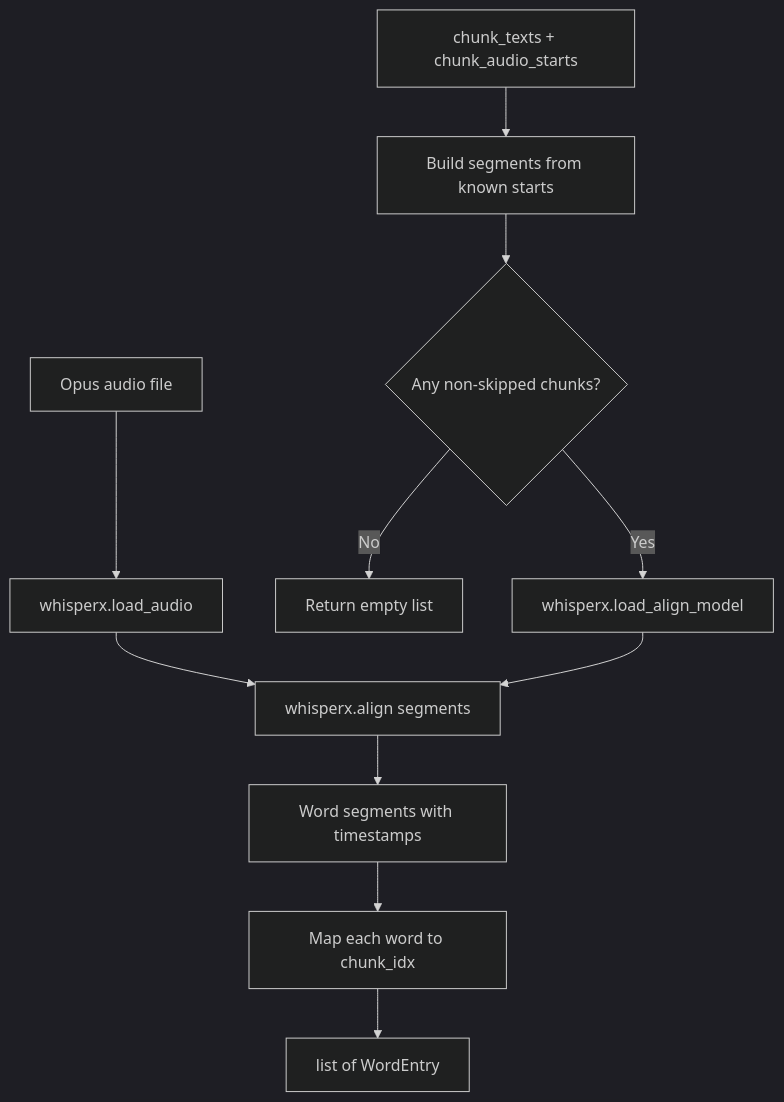
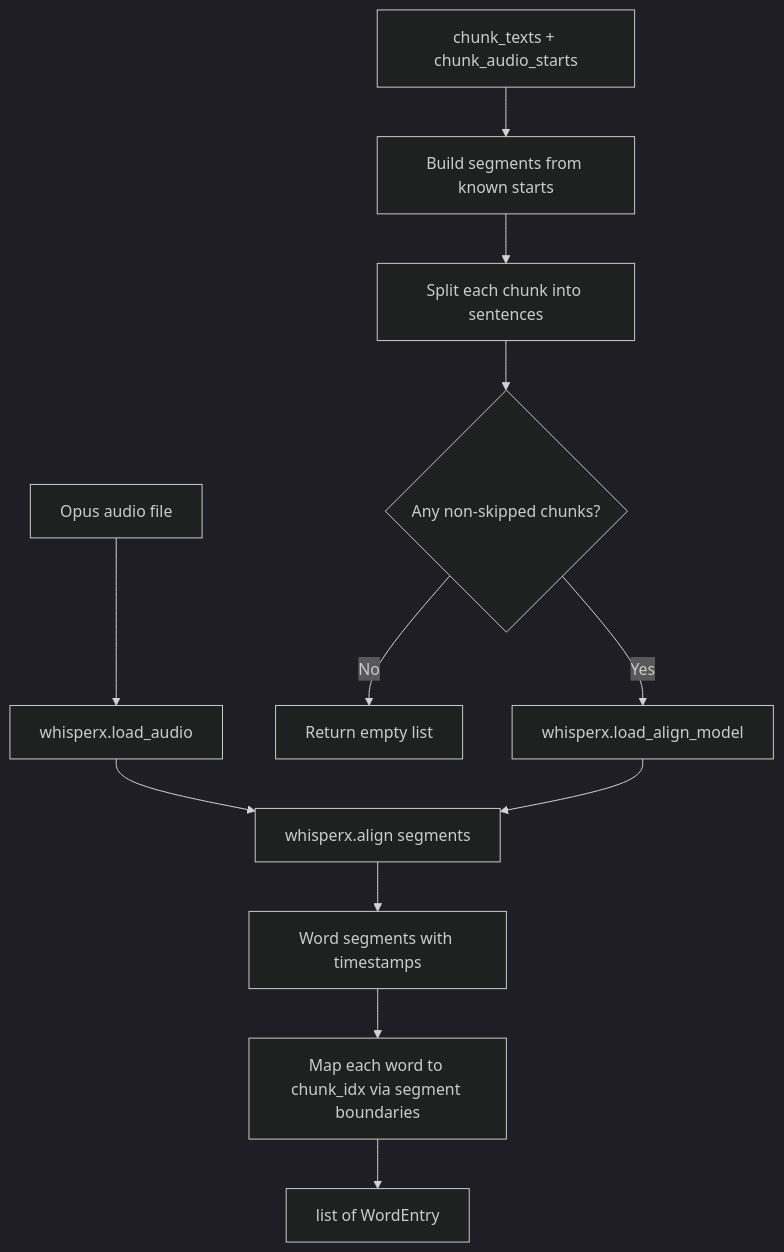
The diagram in pipeline/docs/step5b-word-aligner.md (jkoeh/openshelf), drawn with Mermaid (dark theme) before and after one commit. The commit also changed other lines of this file and 39 other files, not shown here.

````diff
--- a/pipeline/docs/step5b-word-aligner.md
+++ b/pipeline/docs/step5b-word-aligner.md
@@ -10,13 +10,14 @@
 ```mermaid
 graph TD
     A[Opus audio file] --> B[whisperx.load_audio]
     C[chunk_texts + chunk_audio_starts] --> D[Build segments from known starts]
-    D --> E{Any non-skipped chunks?}
+    D --> D2[Split each chunk into sentences]
+    D2 --> E{Any non-skipped chunks?}
     E -->|No| F[Return empty list]
     E -->|Yes| G[whisperx.load_align_model]
     B --> H[whisperx.align segments]
     G --> H
     H --> I[Word segments with timestamps]
-    I --> J[Map each word to chunk_idx]
+    I --> J[Map each word to chunk_idx via segment boundaries]
     J --> K[list of WordEntry]
 ```
````
